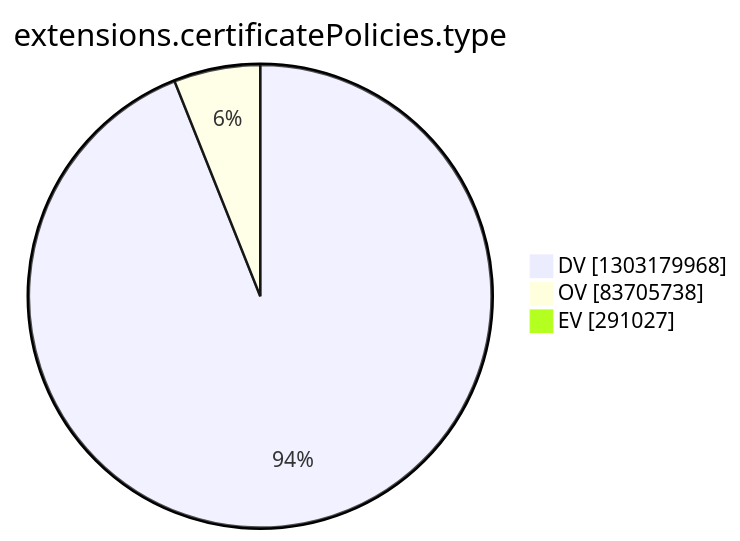
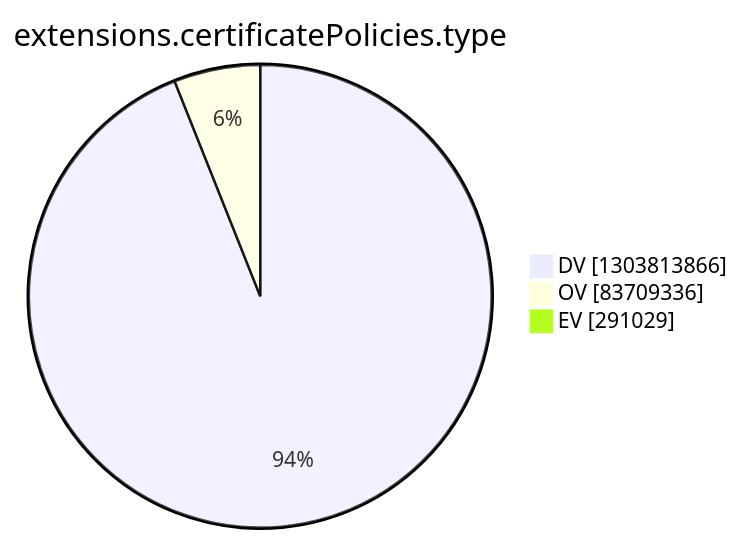
The tenth of 15 diagrams in argon2022/README.md (christiankrug/ctmonitor_visualization), drawn with Mermaid before and after one commit. The commit also changed other lines of this file, not shown here.

````diff
--- a/argon2022/README.md
+++ b/argon2022/README.md
@@ -2772,7 +2772,7 @@
 ```mermaid
 pie showData
 title extensions.certificatePolicies.type
-"DV" :1303179968
-"OV" :83705738
-"EV" :291027
+"DV" :1303813866
+"OV" :83709336
+"EV" :291029
 ```
````
